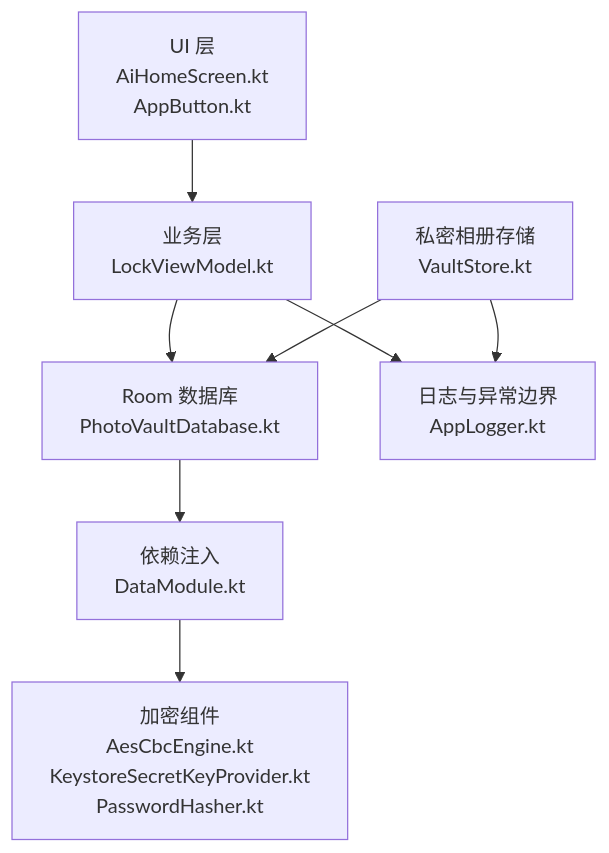
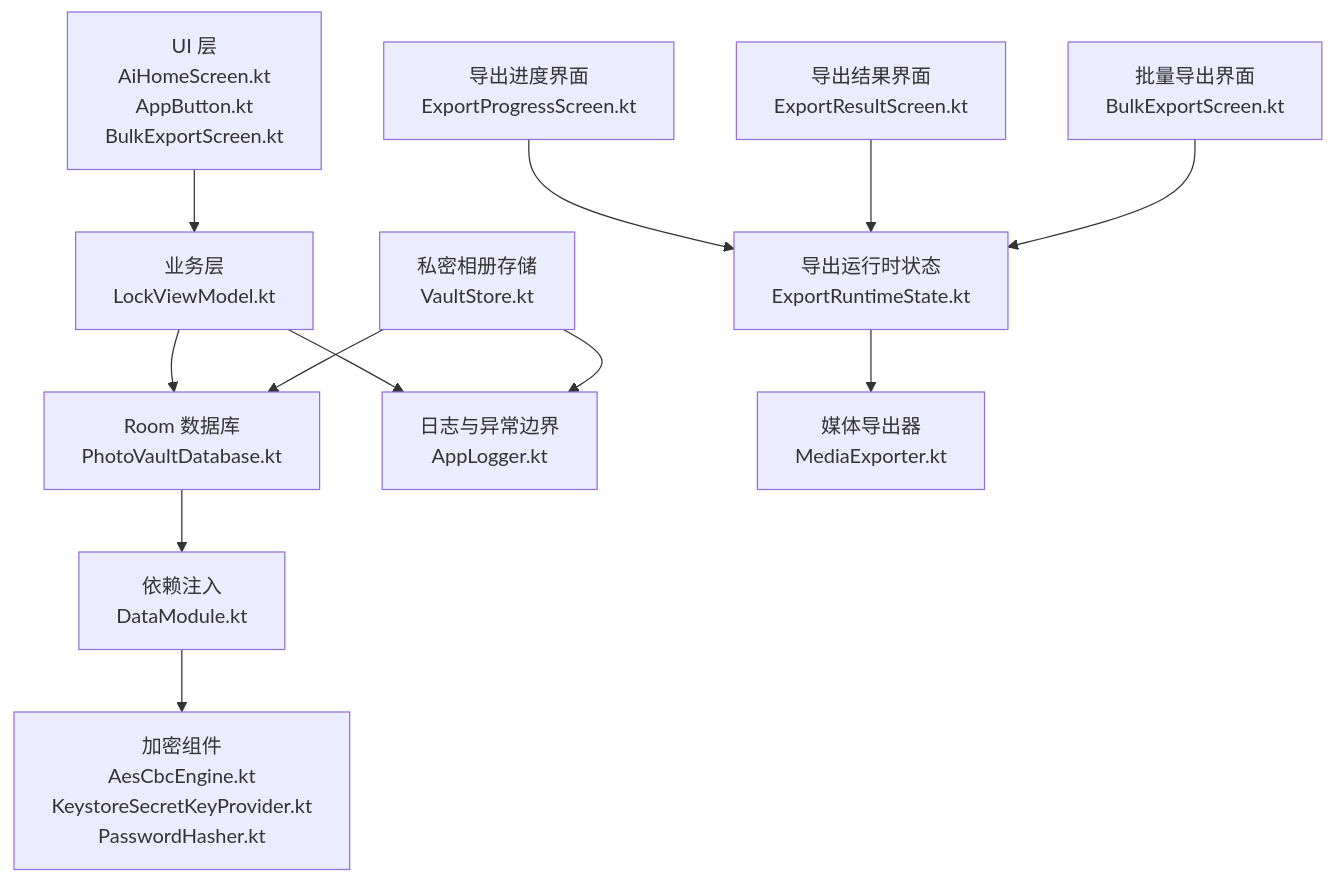
Before and after one commit to wanhongbo/ai-photo-vault: the second of 10 diagrams in .qoder/repowiki/zh/content/性能优化/性能优化.md, drawn with Mermaid. The commit also changed other lines of this file and 22 other files, not shown here.

````diff
--- a/.qoder/repowiki/zh/content/性能优化/性能优化.md
+++ b/.qoder/repowiki/zh/content/性能优化/性能优化.md
@@ -103,10 +136,14 @@
 ```mermaid
 graph TB
-UI["UI 层<br/>AiHomeScreen.kt<br/>AppButton.kt"] --> VM["业务层<br/>LockViewModel.kt"]
+UI["UI 层<br/>AiHomeScreen.kt<br/>AppButton.kt<br/>BulkExportScreen.kt"] --> VM["业务层<br/>LockViewModel.kt"]
 VM --> DB["Room 数据库<br/>PhotoVaultDatabase.kt"]
 DB --> DI["依赖注入<br/>DataModule.kt"]
 DI --> CRY["加密组件<br/>AesCbcEngine.kt<br/>KeystoreSecretKeyProvider.kt<br/>PasswordHasher.kt"]
 VM --> LOG["日志与异常边界<br/>AppLogger.kt"]
 STORE["私密相册存储<br/>VaultStore.kt"] --> DB
 STORE --> LOG
+EXRT["导出运行时状态<br/>ExportRuntimeState.kt"] --> MEDIA["媒体导出器<br/>MediaExporter.kt"]
+EXPROG["导出进度界面<br/>ExportProgressScreen.kt"] --> EXRT
+EXRES["导出结果界面<br/>ExportResultScreen.kt"] --> EXRT
+BULK["批量导出界面<br/>BulkExportScreen.kt"] --> EXRT
 ```
````
